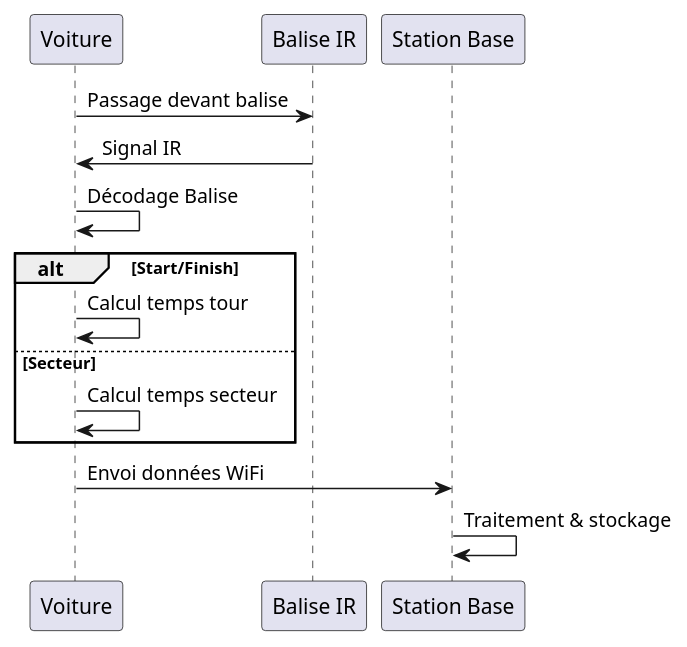
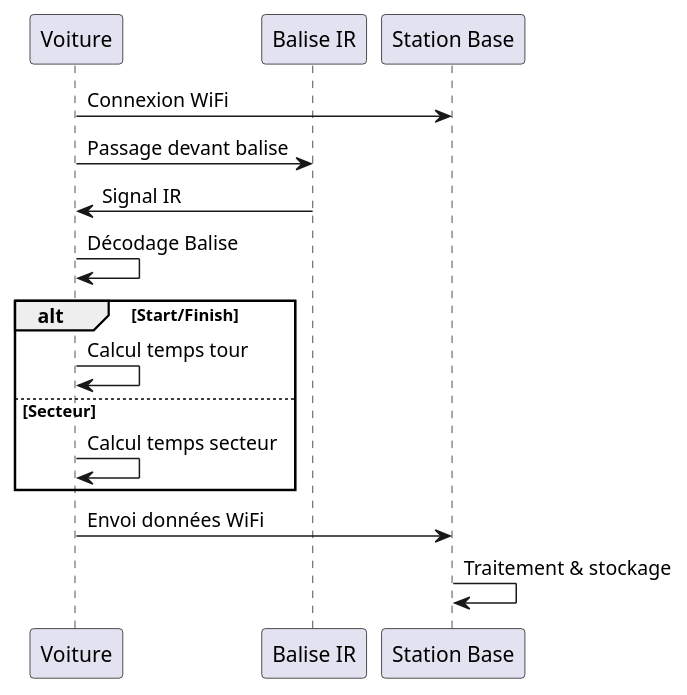
The fourth of 5 diagrams in docs/index.md (hugoMiCode/Documentation), drawn with PlantUML before and after one commit. The commit also changed other lines of this file and 3 other files, not shown here.

````diff
--- a/docs/index.md
+++ b/docs/index.md
@@ -106,18 +105,20 @@
 ```puml
 @startuml
 participant Car as "Voiture"
 participant Balise as "Balise IR"
 participant Base as "Station Base"
+
+Car -> Base: Connexion WiFi
 
 Car -> Balise: Passage devant balise
 Balise -> Car: Signal IR
 Car -> Car: Décodage Balise
 alt Start/Finish
     Car -> Car: Calcul temps tour
 else Secteur
     Car -> Car: Calcul temps secteur
 end
 Car -> Base: Envoi données WiFi
 Base -> Base: Traitement & stockage
 @enduml
 ```
````
